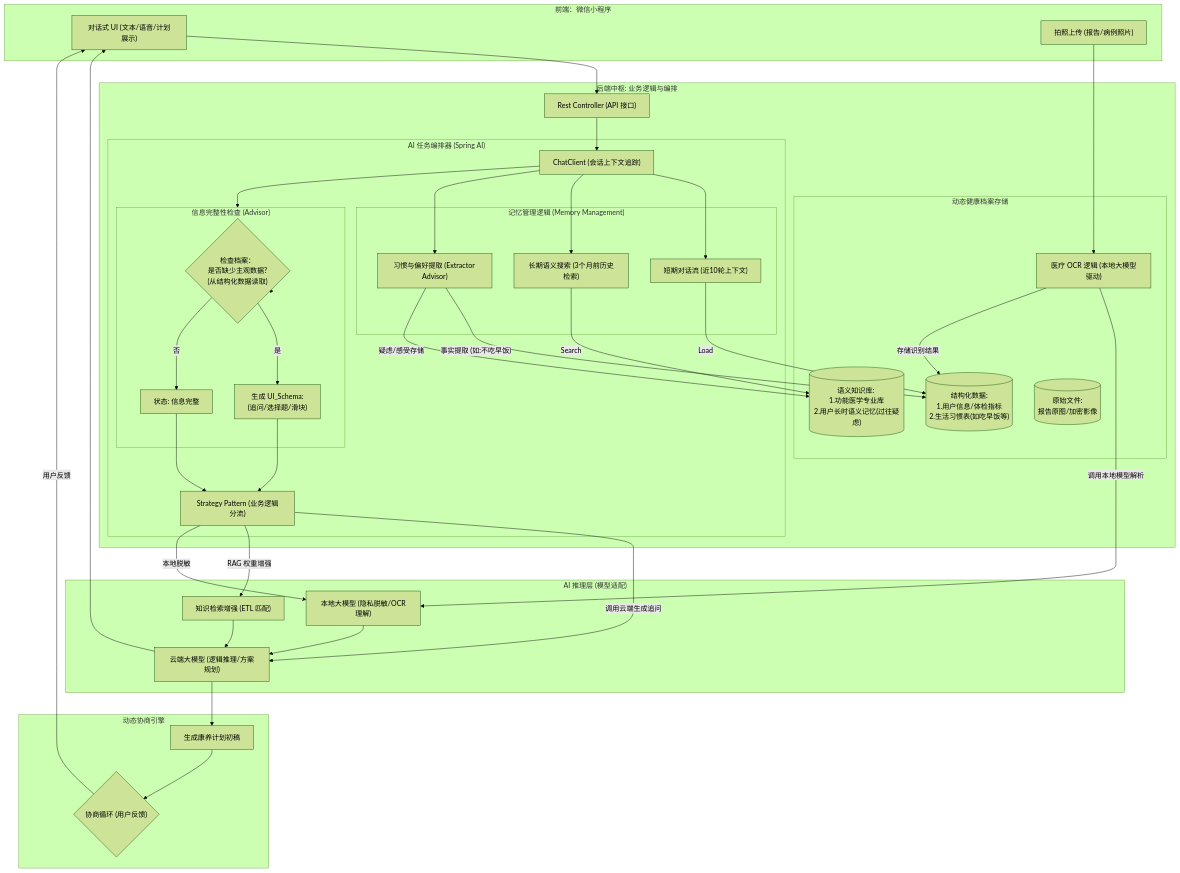
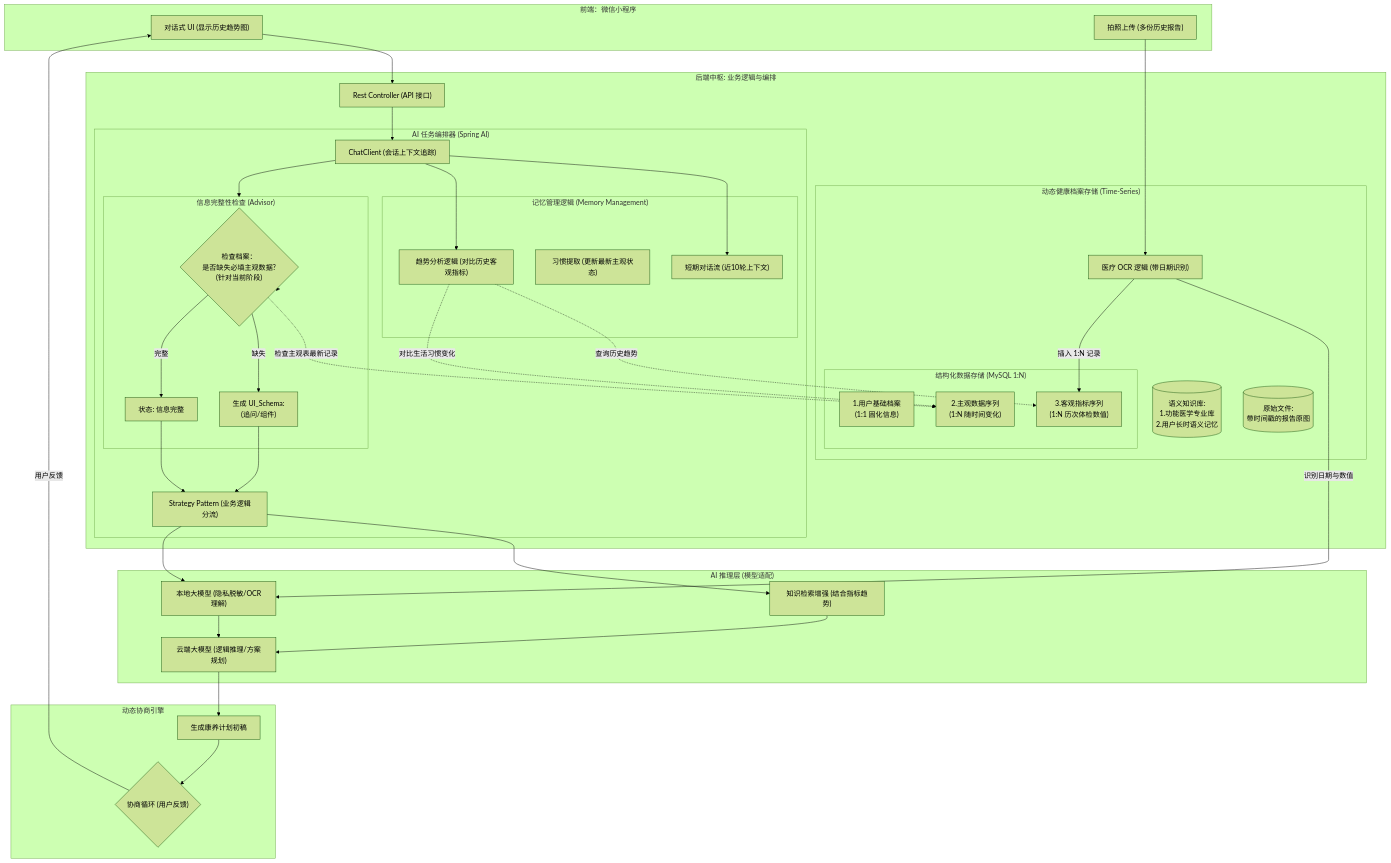
The diagram in structure.md (liyang1981969/test), drawn with Mermaid (forest theme) before and after one commit.

````diff
--- a/structure.md
+++ b/structure.md
@@ -2,45 +2,48 @@
 graph TD
     %% 1. 前端交互层
     subgraph Client ["前端：微信小程序"]
-        UI["对话式 UI (文本/语音/计划展示)"]
-        Cam["拍照上传 (报告/病例照片)"]
+        UI["对话式 UI (显示历史趋势图)"]
+        Cam["拍照上传 (多份历史报告)"]
     end
 
     %% 2. 后端中枢 (Java / Spring AI)
     subgraph Backend ["后端中枢: 业务逻辑与编排"]
         Gate["Rest Controller (API 接口)"]
         
-        %% Orchestrator 内部逻辑细化
         subgraph Orchestrator ["AI 任务编排器 (Spring AI)"]
             ChatClient["ChatClient (会话上下文追踪)"]
             
             subgraph MemoryManager ["记忆管理逻辑 (Memory Management)"]
                 History["短期对话流 (近10轮上下文)"]
-                ContextExtractor["习惯与偏好提取 (Extractor Advisor)"]
-                LongTermSearch["长期语义搜索 (3个月前历史检索)"]
+                ContextExtractor["习惯提取 (更新最新主观状态)"]
+                TrendAnalyzer["趋势分析逻辑 (对比历史客观指标)"]
             end
 
             subgraph InfoCheck ["信息完整性检查 (Advisor)"]
-                CheckLogic{"检查档案：<br/>是否缺少主观数据?<br/>(从结构化数据读取)"}
-                AwaitingInput["生成 UI_Schema:<br/>(追问/选择题/滑块)"]
+                CheckLogic{"检查档案：<br/>是否缺失必填主观数据?<br/>(针对当前阶段)"}
+                AwaitingInput["生成 UI_Schema:<br/>(追问/组件)"]
                 InformationComplete["状态: 信息完整"]
             end
             
             Strategy["Strategy Pattern (业务逻辑分流)"]
         end
 
-        %% 存储层 (内容驱动)
-        subgraph Storage ["动态健康档案存储"]
-            OCR_Tool["医疗 OCR 逻辑 (本地大模型驱动)"]
-            StructuredDB[("结构化数据: <br/>1.用户信息/体检指标<br/>2.生活习惯表(如吃早饭等)")]
-            VectorDB[("语义知识库: <br/>1.功能医学专业库<br/>2.用户长时语义记忆(过往疑虑)")]
-            FileStore[("原始文件: <br/>报告原图/加密影像")]
+        %% 存储层 (强化 1:N 关系与时间戳)
+        subgraph Storage ["动态健康档案存储 (Time-Series)"]
+            OCR_Tool["医疗 OCR 逻辑 (带日期识别)"]
+            subgraph StructuredDB ["结构化数据存储 (MySQL 1:N)"]
+                BaseProfile["1.用户基础档案<br/> (1:1 固化信息)"]
+                SubjectiveData["2.主观数据序列<br/> (1:N 随时间变化)"]
+                MedicalData["3.客观指标序列<br/> (1:N 历次体检数值)"]
+            end
+            VectorDB[("语义知识库: <br/>1.功能医学专业库<br/>2.用户长时语义记忆")]
+            FileStore[("原始文件: <br/>带时间戳的报告原图")]
         end
     end
 
     %% 3. AI 推理层
     subgraph AICore ["AI 推理层 (模型适配)"]
-        RAG["知识检索增强 (ETL 匹配)"]
+        RAG["知识检索增强 (结合指标趋势)"]
         CloudModel["云端大模型 (逻辑推理/方案规划)"]
         LocalModel["本地大模型 (隐私脱敏/OCR理解)"]
     end
@@ -51,42 +54,31 @@
         Loop{"协商循环 (用户反馈)"}
     end
 
-    %% 逻辑流转 (带记忆加载与提取)
+    %% 逻辑流转
     UI --> Gate
     Cam --> OCR_Tool
-    OCR_Tool -- "调用本地模型解析" --> LocalModel
-    OCR_Tool -- "存储识别结果" --> StructuredDB
+    OCR_Tool -- "识别日期与数值" --> LocalModel
+    OCR_Tool -- "插入 1:N 记录" --> MedicalData
     Gate --> ChatClient
     
-    %% 记忆加载流
-    ChatClient --> History -- "Load" --> StructuredDB
-    ChatClient --> LongTermSearch -- "Search" --> VectorDB
-    
-    %% 记忆提取流 (异步更新)
-    ChatClient --> ContextExtractor
-    ContextExtractor -- "事实提取 (如:不吃早饭)" --> StructuredDB
-    ContextExtractor -- "疑虑/感受存储" --> VectorDB
+    %% 档案检索逻辑 (带有时间维度)
+    ChatClient --> History
+    ChatClient --> TrendAnalyzer
+    TrendAnalyzer -. "查询历史趋势" .-> MedicalData
+    TrendAnalyzer -. "对比生活习惯变化" .-> SubjectiveData
 
     %% 信息检查环节
     ChatClient --> InfoCheck
     InfoCheck --> CheckLogic
+    CheckLogic -. 检查主观表最新记录 .-> SubjectiveData
     
-    %% 分支 A: 信息缺失
-    CheckLogic -- "是" --> AwaitingInput
-    AwaitingInput --> Strategy
-    Strategy -- "调用云端生成追问" --> CloudModel
-    CloudModel --> UI
+    %% 决策分支
+    CheckLogic -- "缺失" --> AwaitingInput --> Strategy
+    CheckLogic -- "完整" --> InformationComplete --> Strategy
     
-    %% 分支 B: 信息完整
-    CheckLogic -- "否" --> InformationComplete
-    InformationComplete --> Strategy
-    Strategy -- "RAG 权重增强" --> RAG
-    Strategy -- "本地脱敏" --> LocalModel
-    
-    %% 生成计划
-    RAG --> CloudModel
-    LocalModel --> CloudModel
-    CloudModel --> DraftPlan
-    DraftPlan --> Loop
+    %% 最终生成 (Prompt 会包含: '由于您近三个月血糖持续下降...')
+    Strategy --> RAG --> CloudModel
+    Strategy --> LocalModel --> CloudModel
+    CloudModel --> DraftPlan --> Loop
     Loop -- "用户反馈" --> UI
 ```
````
